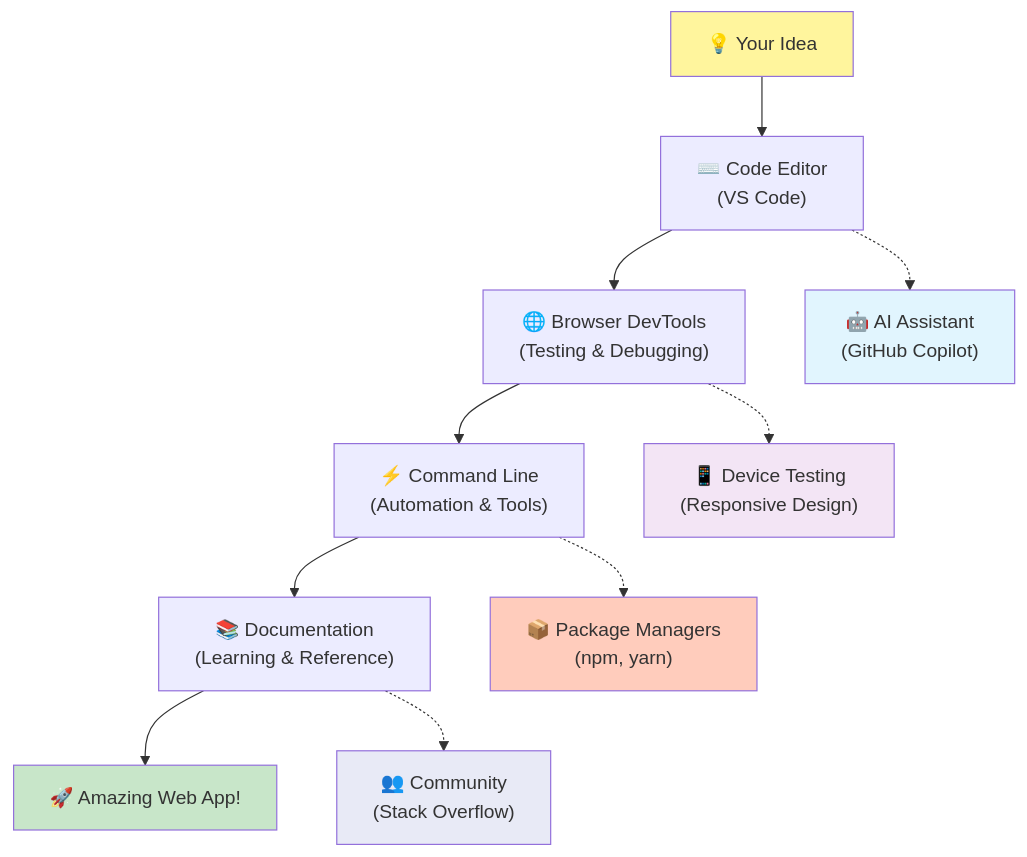
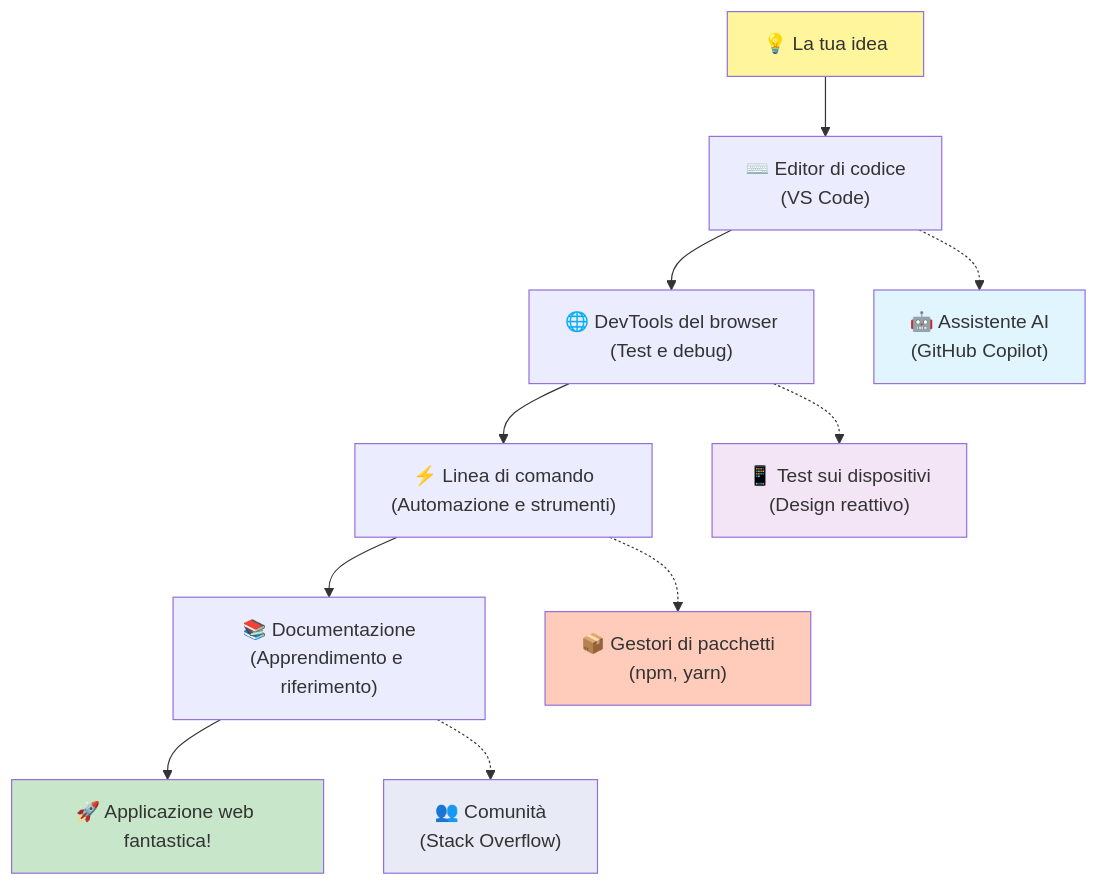
Before and after one commit to microsoft/Web-Dev-For-Beginners: the fifth of 7 diagrams in translations/it/1-getting-started-lessons/1-intro-to-programming-languages/README.md, drawn with Mermaid. The commit also changed other lines of this file and 11 other files, not shown here.

````diff
--- a/translations/it/1-getting-started-lessons/1-intro-to-programming-languages/README.md
+++ b/translations/it/1-getting-started-lessons/1-intro-to-programming-languages/README.md
@@ -491,20 +488,20 @@
 ```mermaid
 graph TD
-    A["💡 Your Idea"] --> B["⌨️ Code Editor<br/>(VS Code)"] 
-    B --> C["🌐 Browser DevTools<br/>(Testing & Debugging)"]
-    C --> D["⚡ Command Line<br/>(Automation & Tools)"]
-    D --> E["📚 Documentation<br/>(Learning & Reference)"]
-    E --> F["🚀 Amazing Web App!"]
+    A["💡 La tua idea"] --> B["⌨️ Editor di codice<br/>(VS Code)"] 
+    B --> C["🌐 DevTools del browser<br/>(Test e debug)"]
+    C --> D["⚡ Linea di comando<br/>(Automazione e strumenti)"]
+    D --> E["📚 Documentazione<br/>(Apprendimento e riferimento)"]
+    E --> F["🚀 Applicazione web fantastica!"]
     
-    B -.-> G["🤖 AI Assistant<br/>(GitHub Copilot)"]
-    C -.-> H["📱 Device Testing<br/>(Responsive Design)"]
-    D -.-> I["📦 Package Managers<br/>(npm, yarn)"]
-    E -.-> J["👥 Community<br/>(Stack Overflow)"]
+    B -.-> G["🤖 Assistente AI<br/>(GitHub Copilot)"]
+    C -.-> H["📱 Test sui dispositivi<br/>(Design reattivo)"]
+    D -.-> I["📦 Gestori di pacchetti<br/>(npm, yarn)"]
+    E -.-> J["👥 Comunità<br/>(Stack Overflow)"]
     
     style A fill:#fff59d
     style F fill:#c8e6c9
     style G fill:#e1f5fe
     style H fill:#f3e5f5
     style I fill:#ffccbc
     style J fill:#e8eaf6
 ```
````
